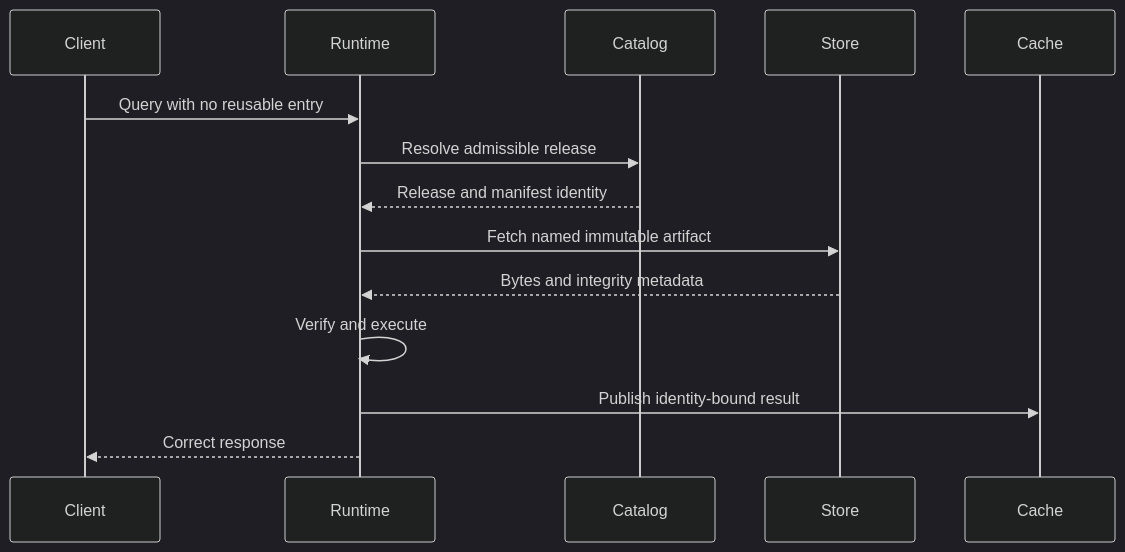
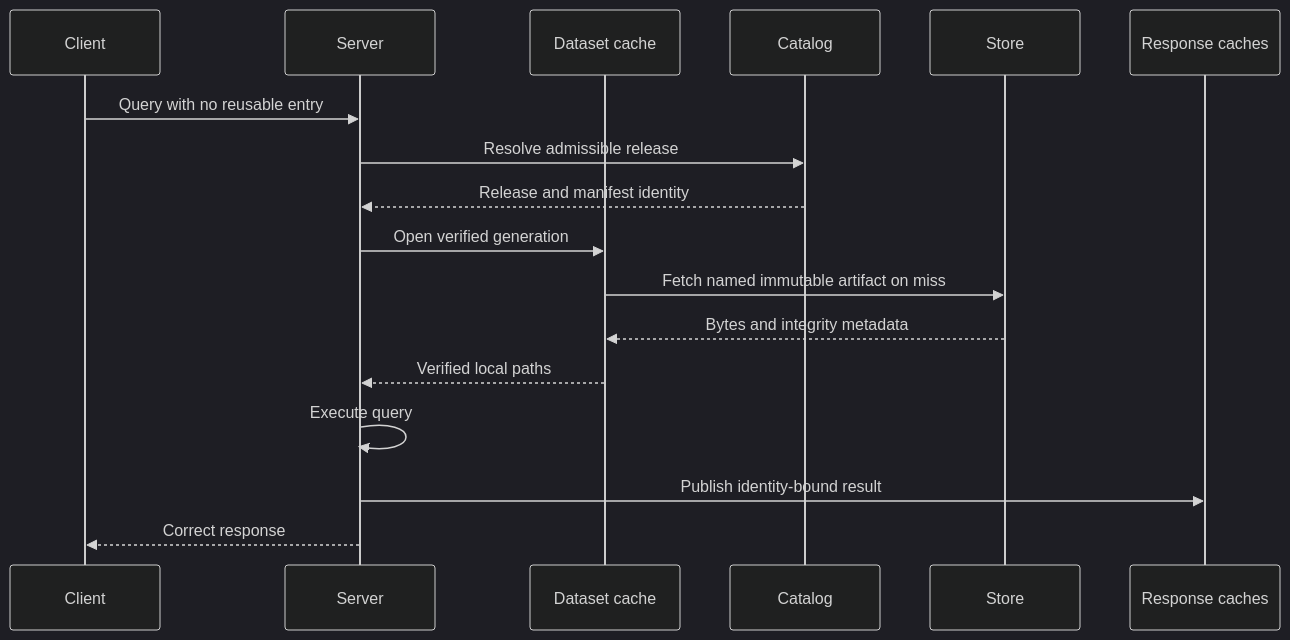
The fifth of 7 diagrams in docs/bijux-atlas-ops/stack/cache-and-store-operations.md (bijux/bijux-atlas), drawn with Mermaid (dark theme) before and after one commit. The commit also changed other lines of this file and 2 other files, not shown here.

Commit message:
docs(stack): separate deployment and cache authority

````diff
--- a/docs/bijux-atlas-ops/stack/cache-and-store-operations.md
+++ b/docs/bijux-atlas-ops/stack/cache-and-store-operations.md
@@ -187,16 +207,19 @@
 ```mermaid
 sequenceDiagram
     participant Client
-    participant Runtime
+    participant Server
+    participant ArtifactCache as Dataset cache
     participant Catalog
     participant Store
-    participant Cache
-    Client->>Runtime: Query with no reusable entry
-    Runtime->>Catalog: Resolve admissible release
-    Catalog-->>Runtime: Release and manifest identity
-    Runtime->>Store: Fetch named immutable artifact
-    Store-->>Runtime: Bytes and integrity metadata
-    Runtime->>Runtime: Verify and execute
-    Runtime->>Cache: Publish identity-bound result
-    Runtime-->>Client: Correct response
+    participant ResponseCache as Response caches
+    Client->>Server: Query with no reusable entry
+    Server->>Catalog: Resolve admissible release
+    Catalog-->>Server: Release and manifest identity
+    Server->>ArtifactCache: Open verified generation
+    ArtifactCache->>Store: Fetch named immutable artifact on miss
+    Store-->>ArtifactCache: Bytes and integrity metadata
+    ArtifactCache-->>Server: Verified local paths
+    Server->>Server: Execute query
+    Server->>ResponseCache: Publish identity-bound result
+    Server-->>Client: Correct response
 ```
````
